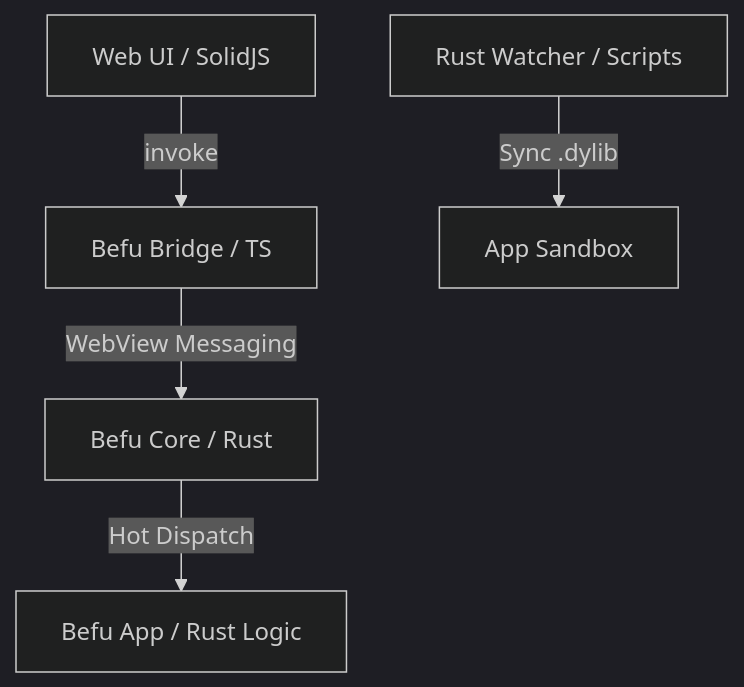
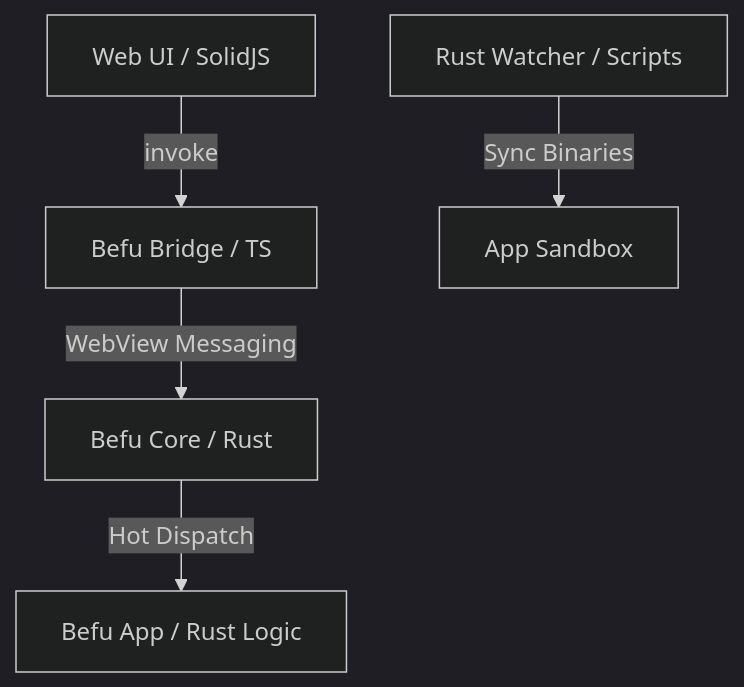
One commit to itisrohit/Befu changed the diagram in README.md. Above: the diagram before and after it, drawn with Mermaid (dark theme). The commit also changed other lines of this file and 20 other files, not shown here.

Commit message:
docs: remove USP jargon and apply CodeRabbit review fixes for UI, Rust, and scripts

````diff
--- a/README.md
+++ b/README.md
@@ -11,7 +47,7 @@
 ```mermaid
 graph TD
     UI[Web UI / SolidJS] -->|invoke| Bridge[Befu Bridge / TS]
     Bridge -->|WebView Messaging| Core[Befu Core / Rust]
     Core -->|Hot Dispatch| App[Befu App / Rust Logic]
-    Watcher[Rust Watcher / Scripts] -->|Sync .dylib| Files[App Sandbox]
+    Watcher[Rust Watcher / Scripts] -->|Sync Binaries| Files[App Sandbox]
 ```
````
